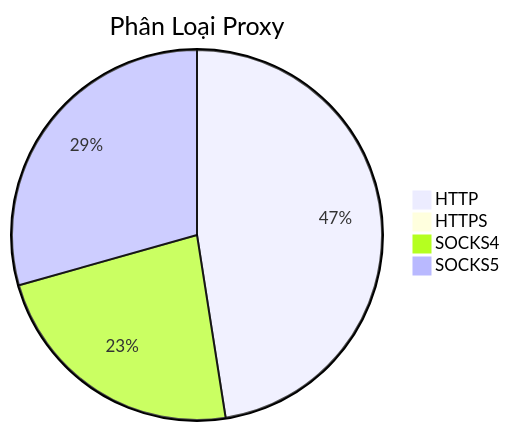
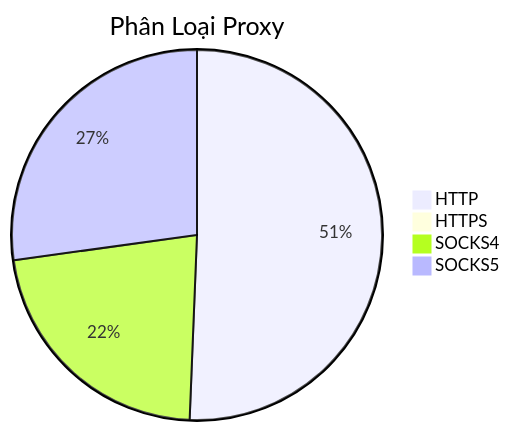
One commit to Ciara-12/PROXY-free changed the diagram in README.md. Above: the diagram before and after it, drawn with Mermaid. The commit also changed other lines of this file and 4 other files, not shown here.

````diff
--- a/README.md
+++ b/README.md
@@ -26,7 +26,7 @@
 ```mermaid
 pie title Phân Loại Proxy
-    "HTTP" : 576
+    "HTTP" : 639
     "HTTPS" : 2
     "SOCKS4" : 280
-    "SOCKS5" : 356
+    "SOCKS5" : 343
 ```
````
